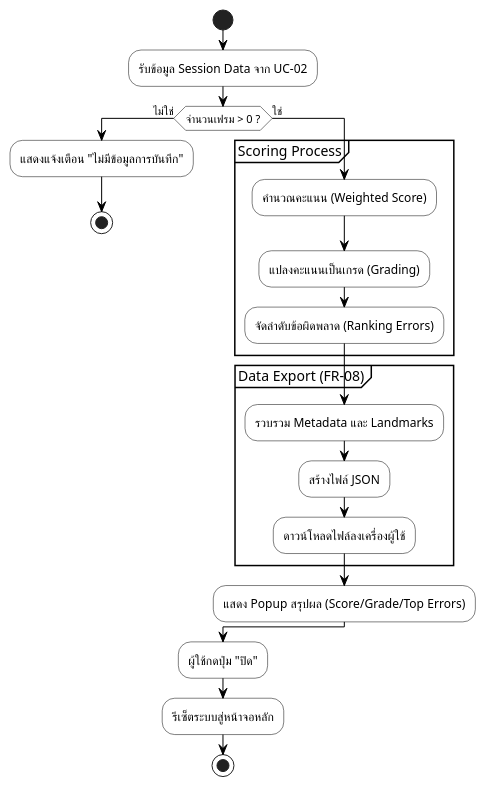
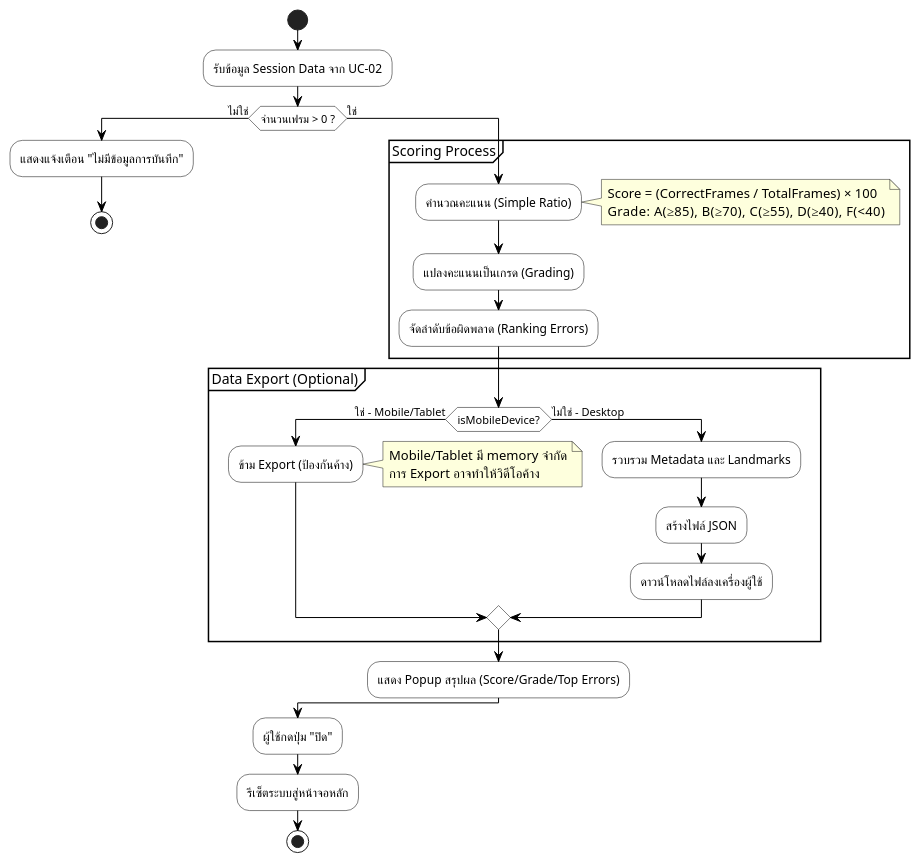
The diagram in docs/diagrams/ActivityDiagram_UC03.wsd (vyut/TaijiFlow), drawn with PlantUML before and after one commit. The commit also changed 19 other files, not shown here.

Commit message:
Major Update: Testing, documents and diagrams

```diff
--- a/docs/diagrams/ActivityDiagram_UC03.wsd
+++ b/docs/diagrams/ActivityDiagram_UC03.wsd
@@ -1,35 +1,47 @@
 @startuml TaijiFlow_Activity_Diagram_UC03
 skinparam defaultFontName "sarabun"
 skinparam activity {
     BackgroundColor White
     BorderColor Black
     ArrowColor Black
 }
 
 start
 :รับข้อมูล Session Data จาก UC-02;
 
 if (จำนวนเฟรม > 0 ?) then (ไม่ใช่)
     :แสดงแจ้งเตือน "ไม่มีข้อมูลการบันทึก";
     stop
 else (ใช่)
     partition "Scoring Process" {
-        :คำนวณคะแนน (Weighted Score);
+        :คำนวณคะแนน (Simple Ratio);
+        note right
+            Score = (CorrectFrames / TotalFrames) × 100
+            Grade: A(≥85), B(≥70), C(≥55), D(≥40), F(<40)
+        end note
         :แปลงคะแนนเป็นเกรด (Grading);
         :จัดลำดับข้อผิดพลาด (Ranking Errors);
     }
 
-    partition "Data Export (FR-08)" {
-        :รวบรวม Metadata และ Landmarks;
-        :สร้างไฟล์ JSON;
-        :ดาวน์โหลดไฟล์ลงเครื่องผู้ใช้;
+    partition "Data Export (Optional)" {
+        if (isMobileDevice?) then (ใช่ - Mobile/Tablet)
+            :ข้าม Export (ป้องกันค้าง);
+            note right
+                Mobile/Tablet มี memory จำกัด
+                การ Export อาจทำให้วิดีโอค้าง
+            end note
+        else (ไม่ใช่ - Desktop)
+            :รวบรวม Metadata และ Landmarks;
+            :สร้างไฟล์ JSON;
+            :ดาวน์โหลดไฟล์ลงเครื่องผู้ใช้;
+        endif
     }
 
     :แสดง Popup สรุปผล (Score/Grade/Top Errors);
 endif
 
 :ผู้ใช้กดปุ่ม "ปิด";
 :รีเซ็ตระบบสู่หน้าจอหลัก;
 
 stop
 @enduml
```
